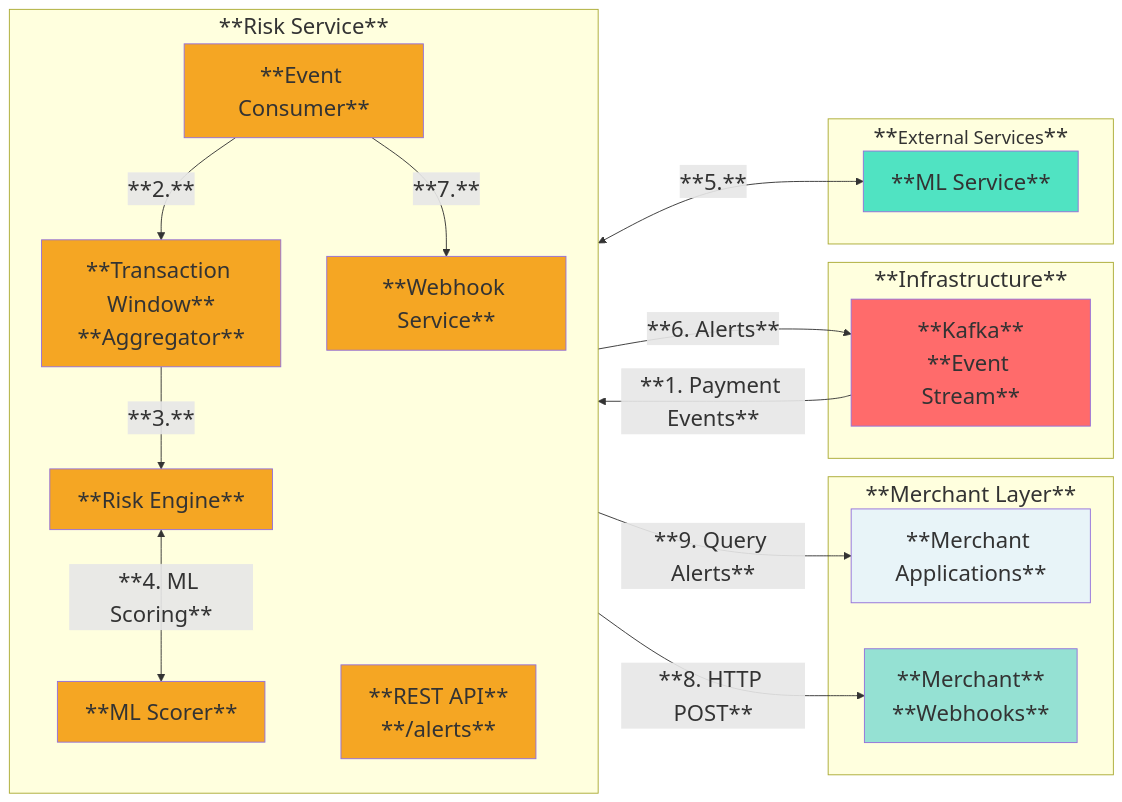
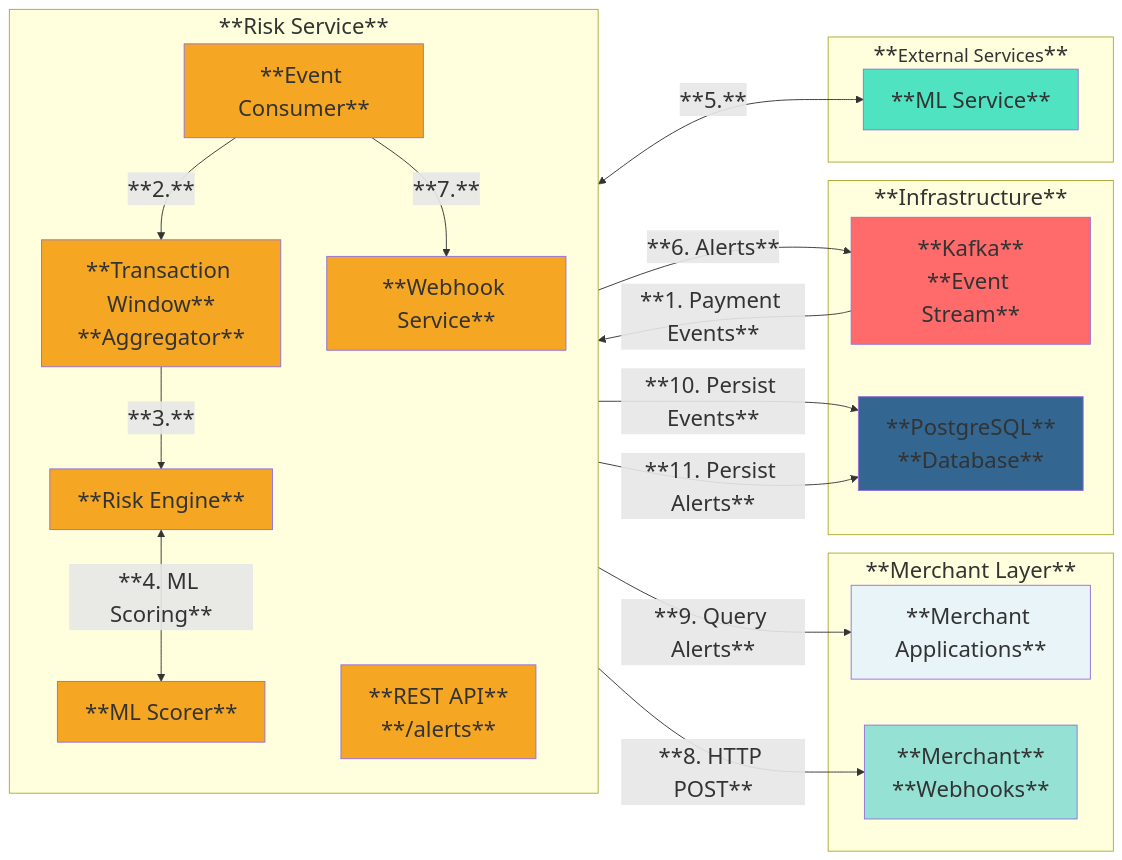
One commit to mehal1/payment-integration-framework changed the second of 3 diagrams in README.md. Above: the diagram before and after it, drawn with Mermaid. The commit also changed other lines of this file and 20 other files, not shown here.

Commit message:
Add PostgreSQL persistence for payments, events, and risk alerts : Includes Flyway migrations, JPA entities, persistence service, and setup documentation.

````diff
--- a/README.md
+++ b/README.md
@@ -169,51 +176,55 @@
 ```mermaid
 ---
 config:
   themeVariables:
     fontSize: 24px
     fontFamily: ''
     primaryTextColor: '#000000'
     lineColor: '#333333'
   layout: dagre
 ---
 flowchart LR
  subgraph ML["**Merchant Layer**"]
         MerchantApps["**Merchant Applications**"]
         MerchantWebhooks["**Merchant**<br>**Webhooks**"]
   end
  subgraph RS["**Risk Service**"]
     direction TB
         Consumer["**Event Consumer**"]
         Aggregator["**Transaction Window**<br>**Aggregator**"]
         RiskEngine["**Risk Engine**"]
         MLScorer["**ML Scorer**"]
         WebhookService["**Webhook Service**"]
         AlertAPI["**REST API**<br>**/alerts**"]
   end
  subgraph DL["**Infrastructure**"]
         Kafka["**Kafka**<br>**Event Stream**"]
+        PostgreSQL["**PostgreSQL**<br>**Database**"]
   end
  subgraph ES["**<small>External Services</small>**"]
         MLService["**ML Service**"]
   end
     Kafka -- "**1. Payment Events**" --> Consumer
     Consumer -- "**2.**" --> Aggregator
     Aggregator -- "**3.**" --> RiskEngine
     RiskEngine <-- "**4. ML Scoring**" --> MLScorer
     MLScorer <-- "**5.**" --> MLService
     Consumer -- "**6. Alerts**" --> Kafka
     Consumer -- "**7.**" --> WebhookService
+    Consumer -- "**10. Persist Events**" --> PostgreSQL
+    Consumer -- "**11. Persist Alerts**" --> PostgreSQL
     WebhookService -- "**8. HTTP POST**" --> MerchantWebhooks
     AlertAPI -- "**9. Query Alerts**" --> MerchantApps
 
     style MerchantApps fill:#E8F4F8
     style MerchantWebhooks fill:#95E1D3
     style Consumer fill:#F5A623
     style Aggregator fill:#F5A623
     style RiskEngine fill:#F5A623
     style MLScorer fill:#F5A623
     style WebhookService fill:#F5A623
     style AlertAPI fill:#F5A623
     style Kafka fill:#FF6B6B
+    style PostgreSQL fill:#336791
     style MLService fill:#50E3C2
 ```
````
